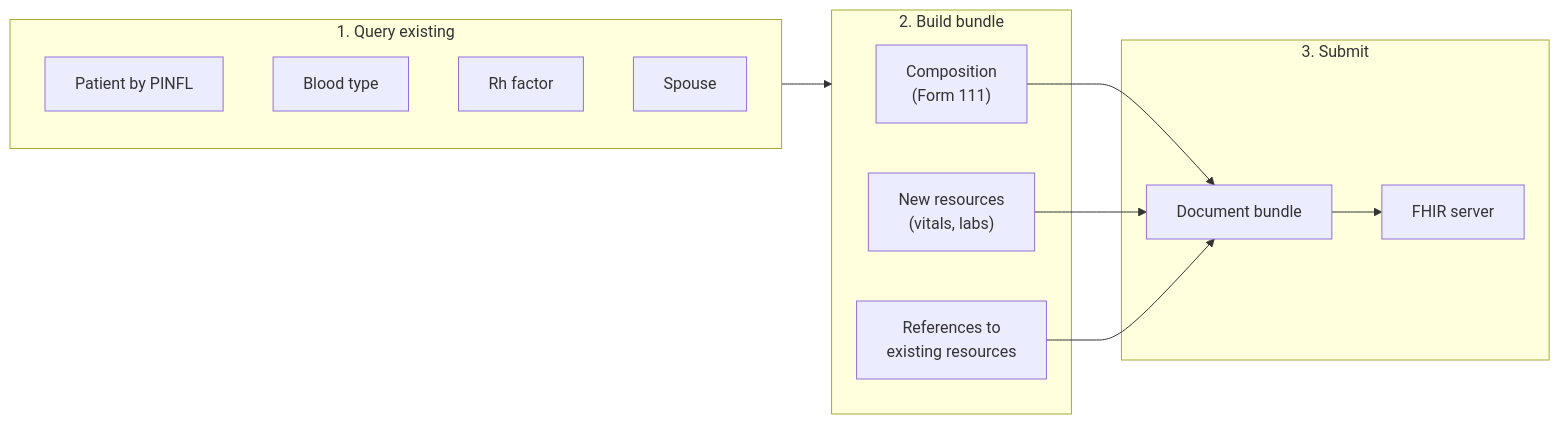
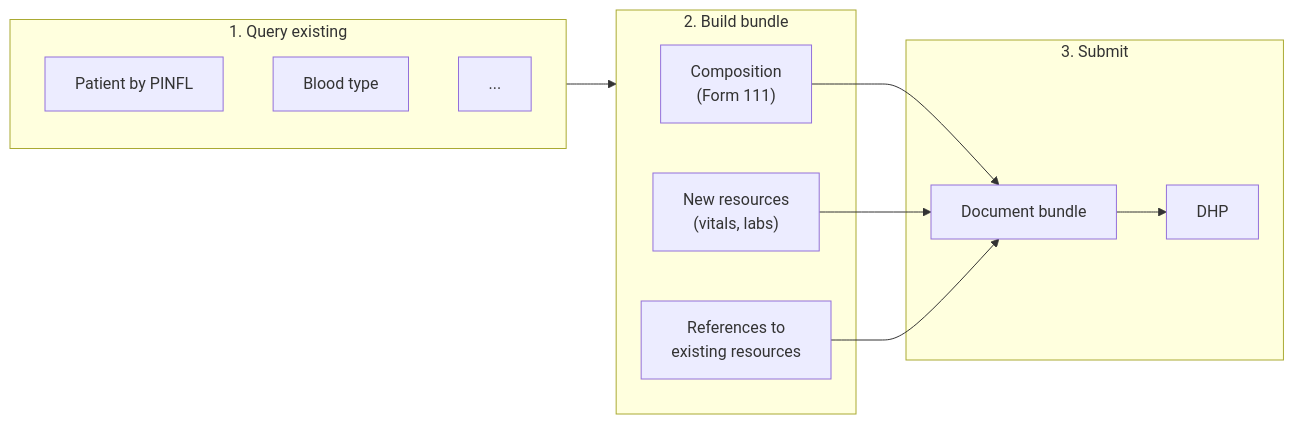
The third of 4 diagrams in input/pagecontent/data-deduplication.md (vadi2/DHP-integrations-temp), drawn with Mermaid before and after one commit. The commit also changed other lines of this file and 1 other file, not shown here.

````diff
--- a/input/pagecontent/data-deduplication.md
+++ b/input/pagecontent/data-deduplication.md
@@ -73,26 +73,25 @@
 ```mermaid
 flowchart LR
     subgraph Query["1. Query existing"]
         Q1["Patient by PINFL"]
         Q2["Blood type"]
-        Q3["Rh factor"]
-        Q4["Spouse"]
+        Q3["..."]
     end
 
     subgraph Build["2. Build bundle"]
         C["Composition<br/>(Form 111)"]
         New["New resources<br/>(vitals, labs)"]
         Ref["References to<br/>existing resources"]
     end
 
     subgraph Submit["3. Submit"]
         TX["Document bundle"]
-        Server["FHIR server"]
+        Server["DHP"]
     end
 
     Query --> Build
     C --> TX
     New --> TX
     Ref --> TX
     TX --> Server
 ```
````
